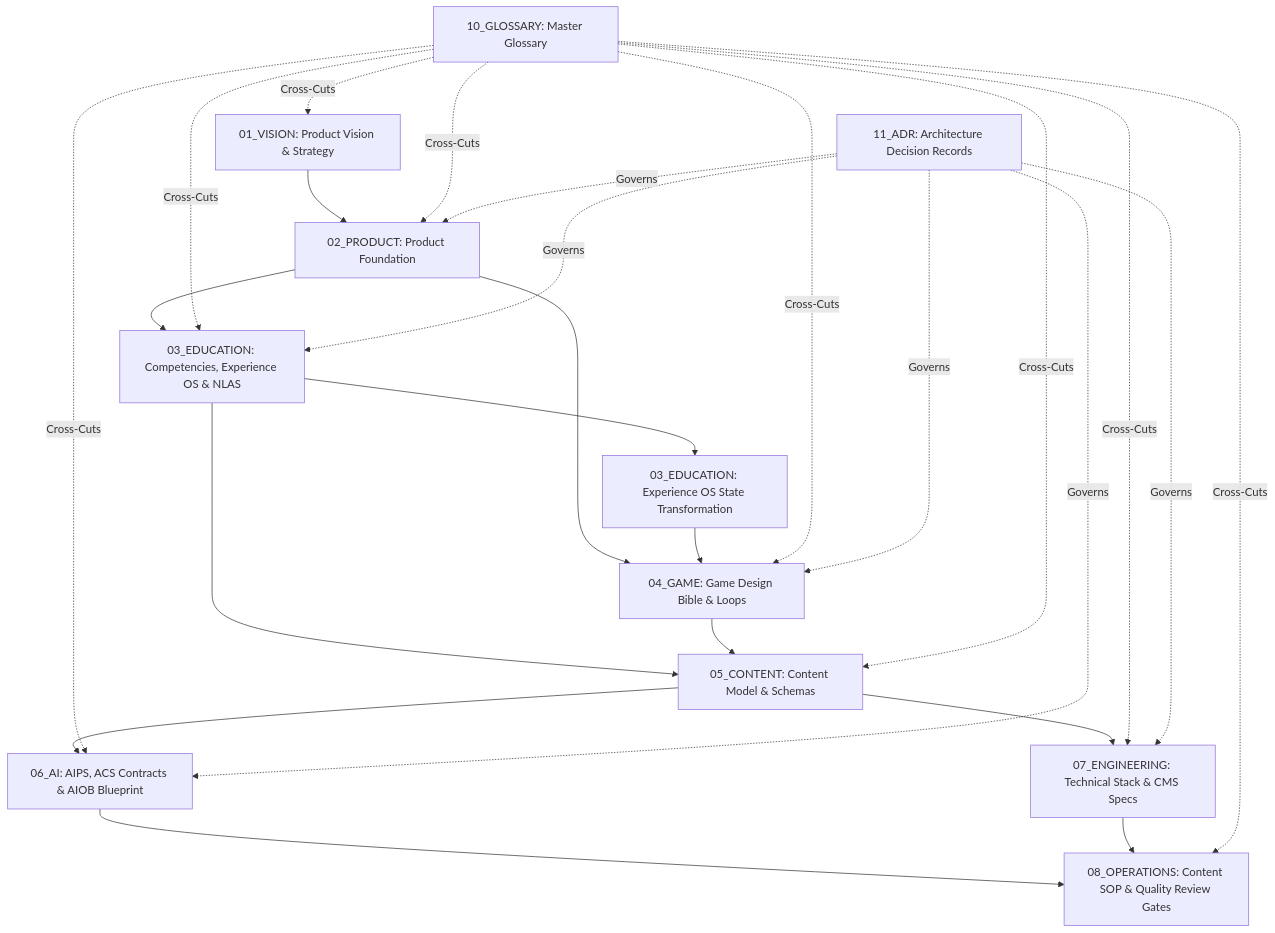
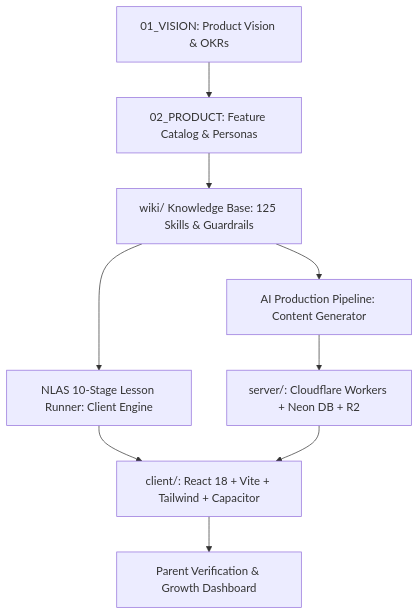
One commit to quocnt85/apptieuhoc changed the first of 2 diagrams in docs/PRD_V2/01_PRODUCT_VISION_AND_PERSONAS.md. Above: the diagram before and after it, drawn with Mermaid. The commit also changed other lines of this file and 3 other files, not shown here.

Commit message:
docs: update PRD_V2 master files to v2.1.0 reflecting 10-stage NLAS, 125 skills and full-stack React/Capacitor/Cloudflare architecture

````diff
--- a/docs/PRD_V2/01_PRODUCT_VISION_AND_PERSONAS.md
+++ b/docs/PRD_V2/01_PRODUCT_VISION_AND_PERSONAS.md
@@ -14,16 +25,11 @@
 ```mermaid
 graph TD
-    VISION[01_VISION: Product Vision & Strategy] --> PRODUCT[02_PRODUCT: Product Foundation]
-    PRODUCT --> EDU[03_EDUCATION: Competencies, Experience OS & NLAS]
-    PRODUCT --> GAME[04_GAME: Game Design Bible & Loops]
-    EDU --> EXPOS[03_EDUCATION: Experience OS State Transformation]
-    EXPOS --> GAME
-    EDU --> CONTENT[05_CONTENT: Content Model & Schemas]
-    GAME --> CONTENT
-    CONTENT --> AI[06_AI: AIPS, ACS Contracts & AIOB Blueprint]
-    CONTENT --> ENG[07_ENGINEERING: Technical Stack & CMS Specs]
-    AI --> OPS[08_OPERATIONS: Content SOP & Quality Review Gates]
-    ENG --> OPS
-    GLOSSARY[10_GLOSSARY: Master Glossary] -. Cross-Cuts .-> VISION & PRODUCT & EDU & GAME & CONTENT & AI & ENG & OPS
-    ADR[11_ADR: Architecture Decision Records] -. Governs .-> PRODUCT & EDU & GAME & AI & ENG
+    VISION[01_VISION: Product Vision & OKRs] --> PRODUCT[02_PRODUCT: Feature Catalog & Personas]
+    PRODUCT --> WIKI[wiki/ Knowledge Base: 125 Skills & Guardrails]
+    WIKI --> NLAS[NLAS 10-Stage Lesson Runner: Client Engine]
+    WIKI --> AIPS[AI Production Pipeline: Content Generator]
+    NLAS --> CLIENT[client/: React 18 + Vite + Tailwind + Capacitor]
+    AIPS --> SERVER[server/: Cloudflare Workers + Neon DB + R2]
+    SERVER --> CLIENT
+    CLIENT --> PARENT[Parent Verification & Growth Dashboard]
 ```
````
